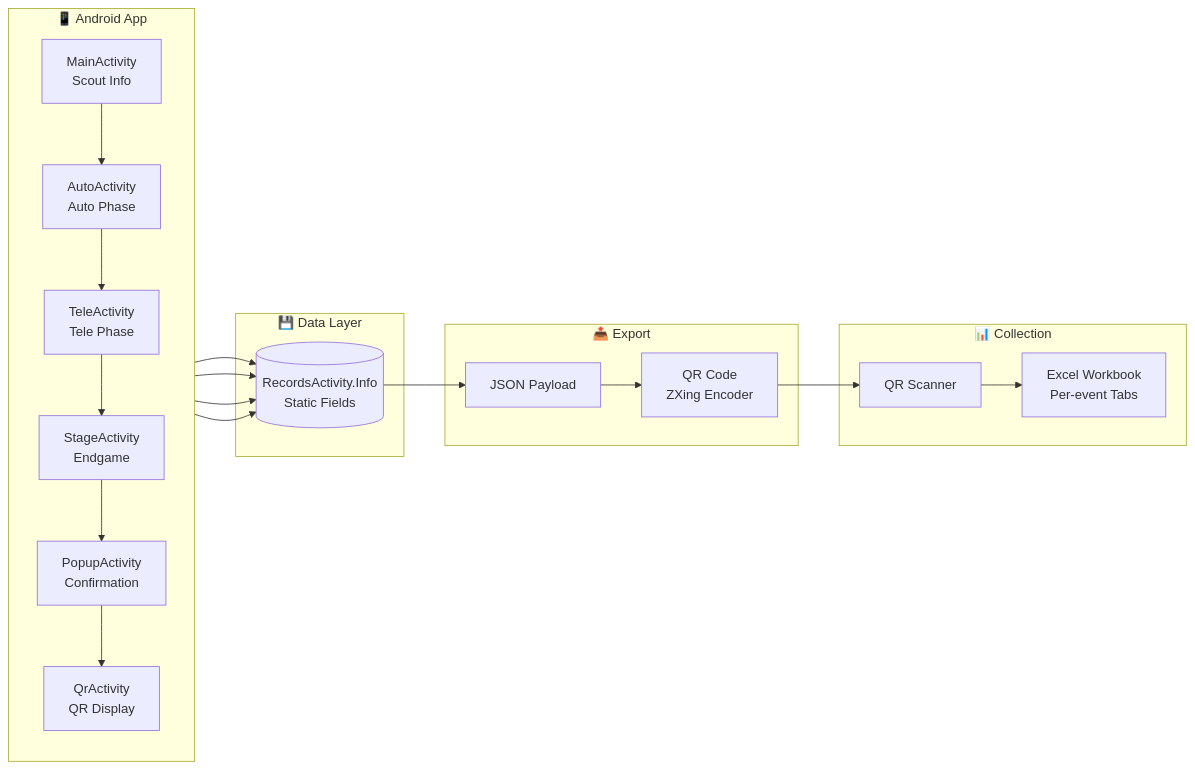
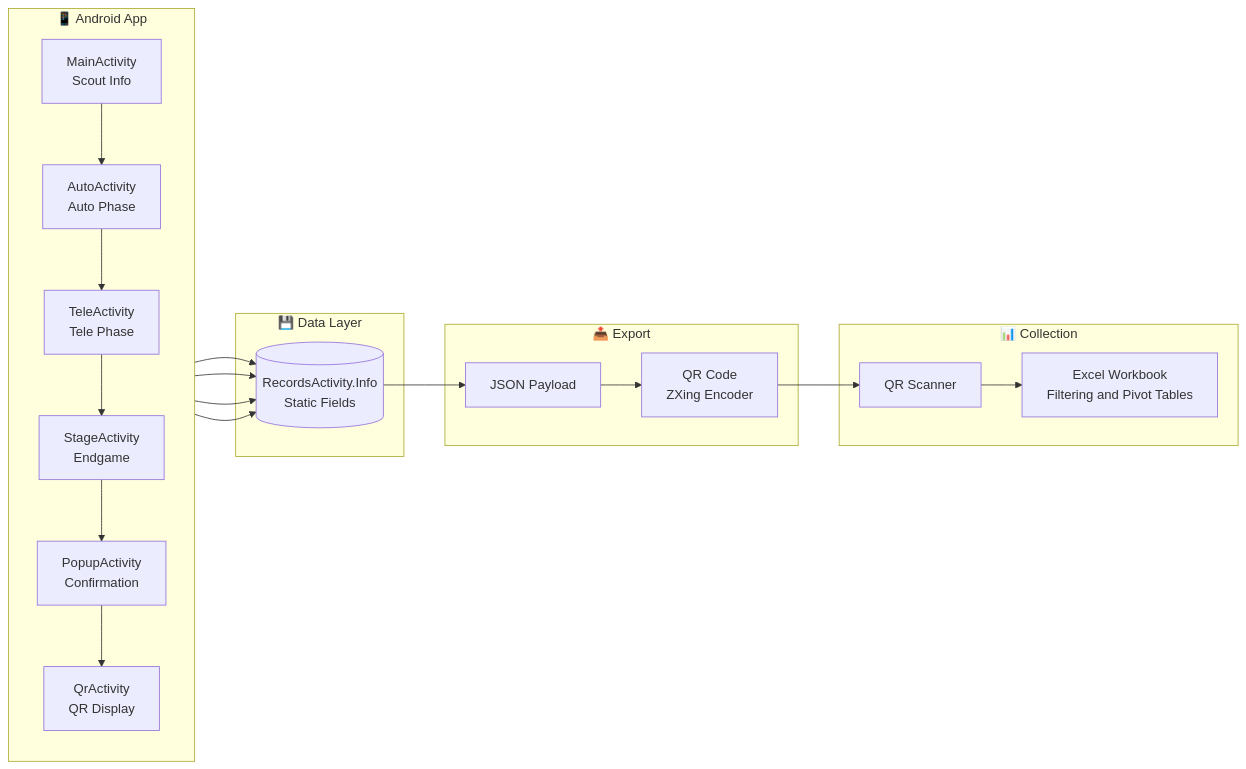
One commit to aamir-frc-scouting/frc-scouting-app-2024 changed the diagram in README.md. Above: the diagram before and after it, drawn with Mermaid. The commit also changed other lines of this file, not shown here.

````diff
--- a/README.md
+++ b/README.md
@@ -81,31 +83,31 @@
 ```mermaid
 flowchart LR
     subgraph Android["📱 Android App"]
         direction TB
         M[MainActivity<br/>Scout Info] --> A[AutoActivity<br/>Auto Phase]
         A --> T[TeleActivity<br/>Tele Phase]
         T --> S[StageActivity<br/>Endgame]
         S --> P[PopupActivity<br/>Confirmation]
         P --> Q[QrActivity<br/>QR Display]
     end
 
     subgraph Data["💾 Data Layer"]
         R[(RecordsActivity.Info<br/>Static Fields)]
     end
 
     subgraph Export["📤 Export"]
         JSON[JSON Payload]
         QR[QR Code<br/>ZXing Encoder]
     end
 
     subgraph Collection["📊 Collection"]
         SCAN[QR Scanner]
-        XLS[Excel Workbook<br/>Per-event Tabs]
+        XLS[Excel Workbook<br/>Filtering and Pivot Tables]
     end
 
     M & A & T & S --> R
     R --> JSON
     JSON --> QR
     QR --> SCAN
     SCAN --> XLS
 ```
````
